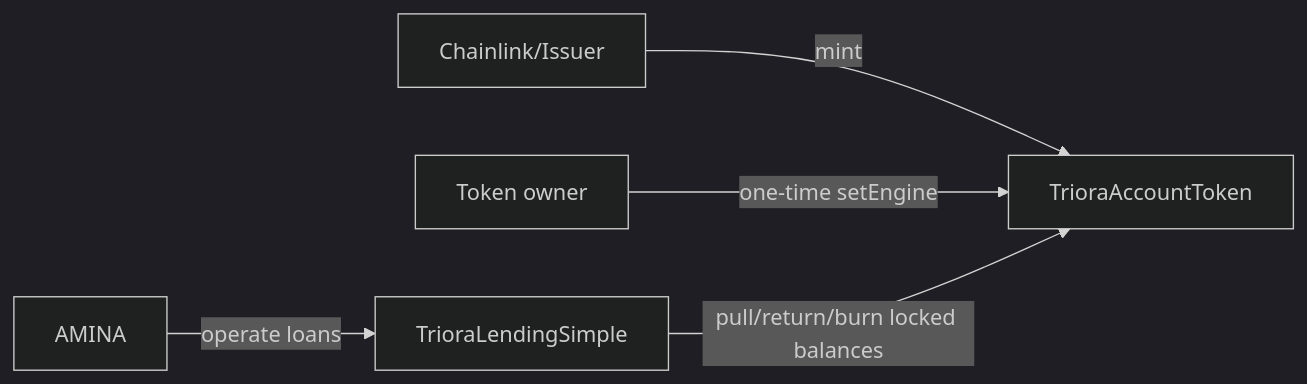
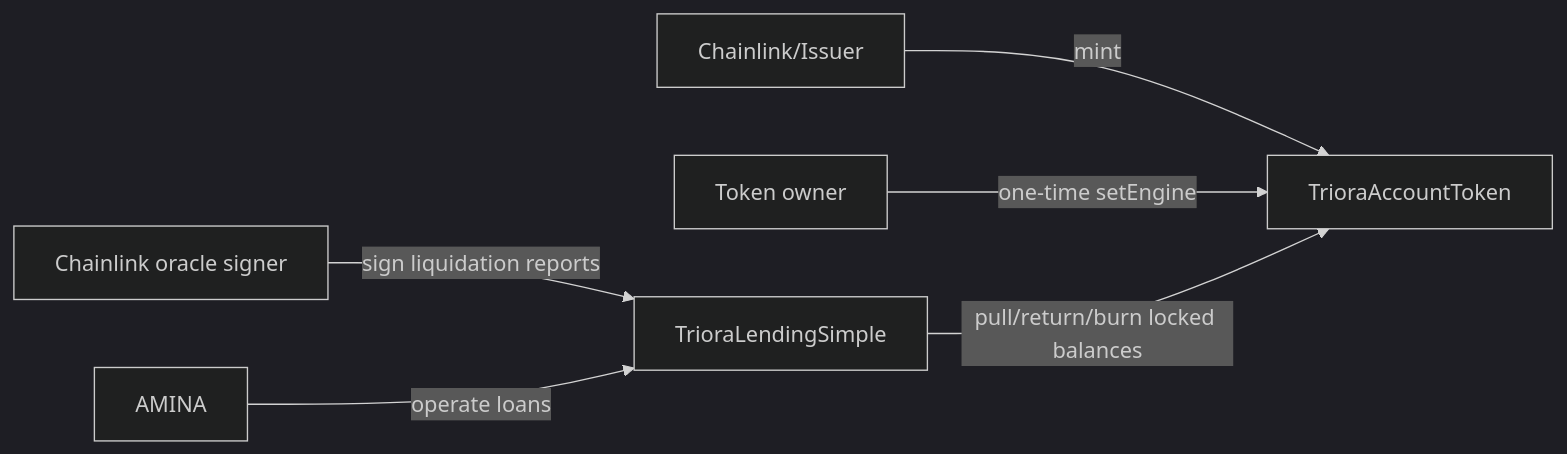
One commit to sanbir/P2PxAmina changed the ninth of 10 diagrams in docs/Triora-sc-implementation-plan-simplified.md. Above: the diagram before and after it, drawn with Mermaid (dark theme). The commit also changed other lines of this file and 4 other files, not shown here.

````diff
--- a/docs/Triora-sc-implementation-plan-simplified.md
+++ b/docs/Triora-sc-implementation-plan-simplified.md
@@ -368,7 +410,8 @@
 ```mermaid
 flowchart LR
     Issuer[Chainlink/Issuer] -->|mint| Token[TrioraAccountToken]
+    Oracle[Chainlink oracle signer] -->|sign liquidation reports| Engine[TrioraLendingSimple]
     Owner[Token owner] -->|one-time setEngine| Token
     Amina[AMINA] -->|operate loans| Engine[TrioraLendingSimple]
     Engine -->|pull/return/burn locked balances| Token
 ```
````
